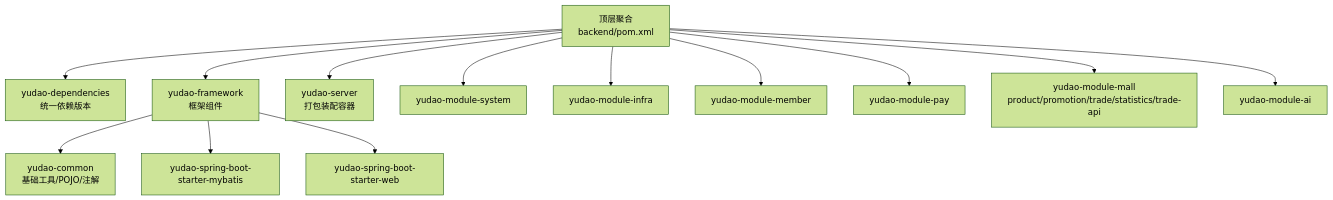
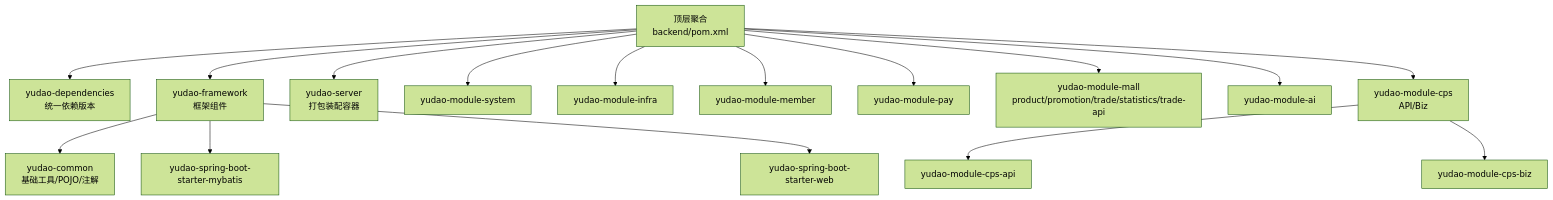
Before and after one commit to zhuangpengLI/AgenticCPS: the first of 3 diagrams in .qoder/repowiki/zh/content/系统架构设计/模块化架构.md, drawn with Mermaid (forest theme). The commit also changed other lines of this file and 10 other files, not shown here.

````diff
--- a/.qoder/repowiki/zh/content/系统架构设计/模块化架构.md
+++ b/.qoder/repowiki/zh/content/系统架构设计/模块化架构.md
@@ -53,15 +65,18 @@
 ```mermaid
 graph TB
 Root["顶层聚合<br/>backend/pom.xml"] --> Deps["yudao-dependencies<br/>统一依赖版本"]
 Root --> FW["yudao-framework<br/>框架组件"]
 Root --> Server["yudao-server<br/>打包装配容器"]
 FW --> Common["yudao-common<br/>基础工具/POJO/注解"]
 FW --> StarterMyBatis["yudao-spring-boot-starter-mybatis"]
 FW --> StarterWeb["yudao-spring-boot-starter-web"]
 Root --> ModSystem["yudao-module-system"]
 Root --> ModInfra["yudao-module-infra"]
 Root --> ModMember["yudao-module-member"]
 Root --> ModPay["yudao-module-pay"]
 Root --> ModMall["yudao-module-mall<br/>product/promotion/trade/statistics/trade-api"]
 Root --> ModAI["yudao-module-ai"]
+Root --> ModCPS["yudao-module-cps<br/>API/Biz"]
+ModCPS --> CPSAPI["yudao-module-cps-api"]
+ModCPS --> CPSBiz["yudao-module-cps-biz"]
 ```
````
